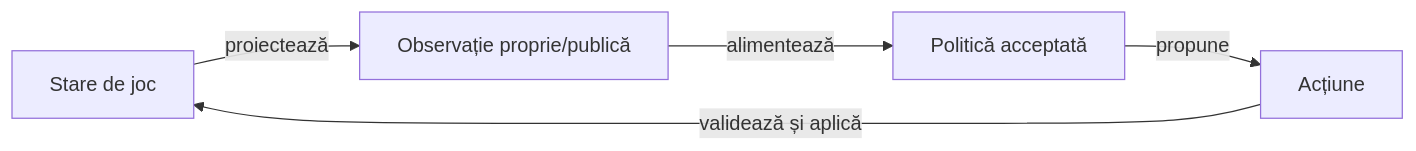
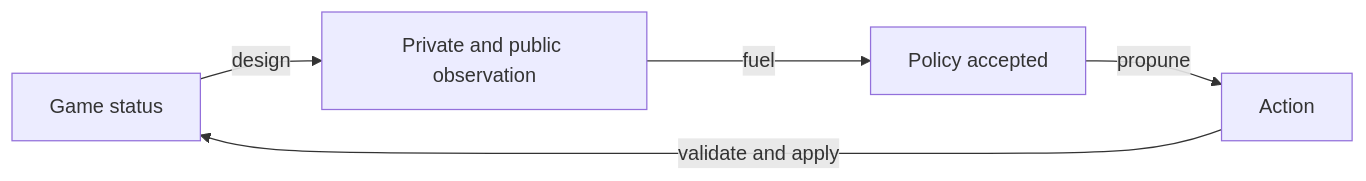
Before and after one commit to crististefanita/atf_j4: the first of 2 diagrams in docs/ai/README.md, drawn with Mermaid. The commit also changed other lines of this file and 122 other files, not shown here.

````diff
--- a/docs/ai/README.md
+++ b/docs/ai/README.md
@@ -21,7 +21,7 @@
 ```mermaid
 flowchart LR
-    STATE[Stare de joc] -->|proiectează| OBS[Observație proprie/publică]
-    OBS -->|alimentează| POLICY[Politică acceptată]
-    POLICY -->|propune| ACTION[Acțiune]
-    ACTION -->|validează și aplică| STATE
+    STATE[Game status] -->|design| OBS[Private and public observation]
+    OBS -->|fuel| POLICY[Policy accepted]
+    POLICY -->|propune| ACTION[Action]
+    ACTION -->|validate and apply| STATE
 ```
````
